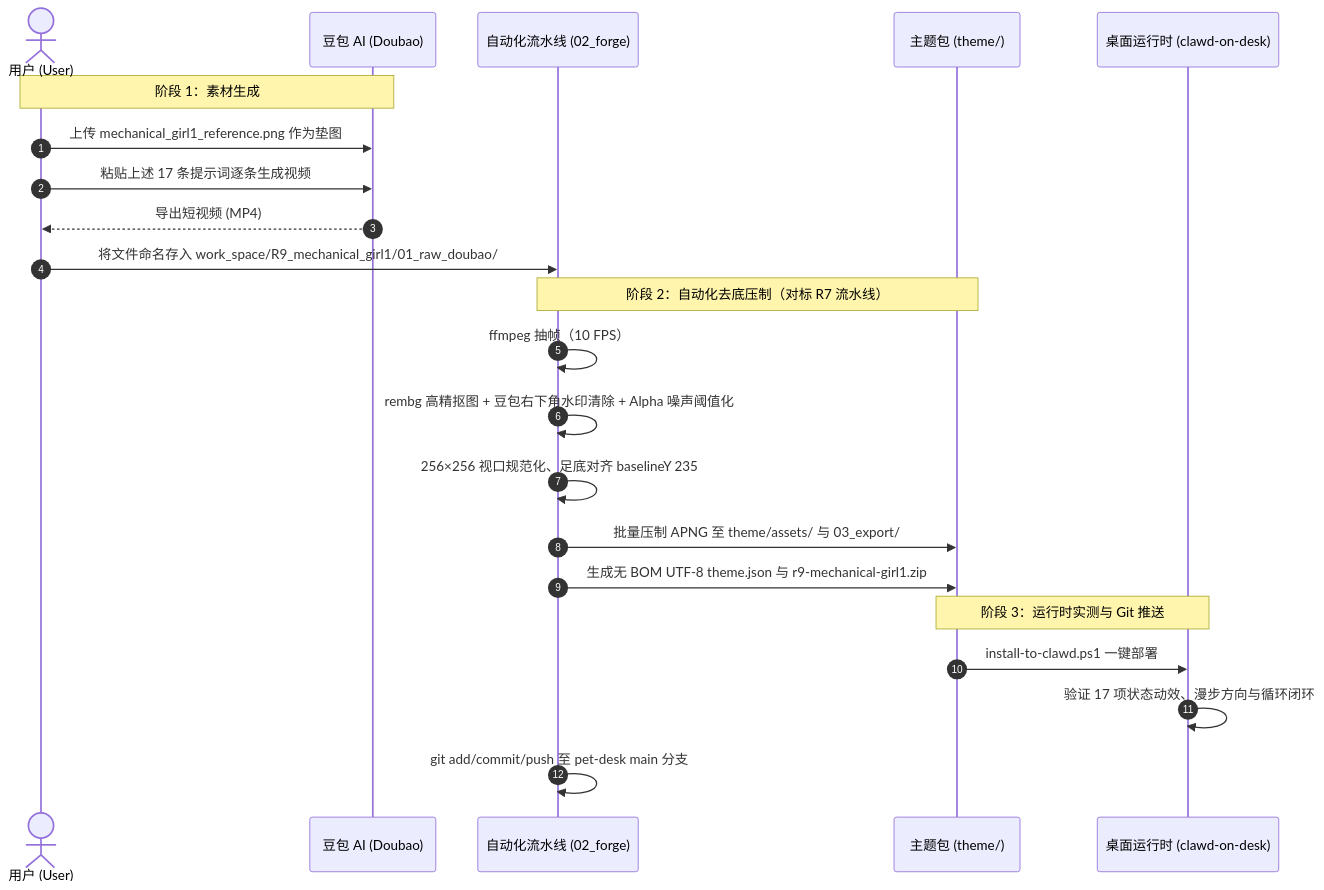
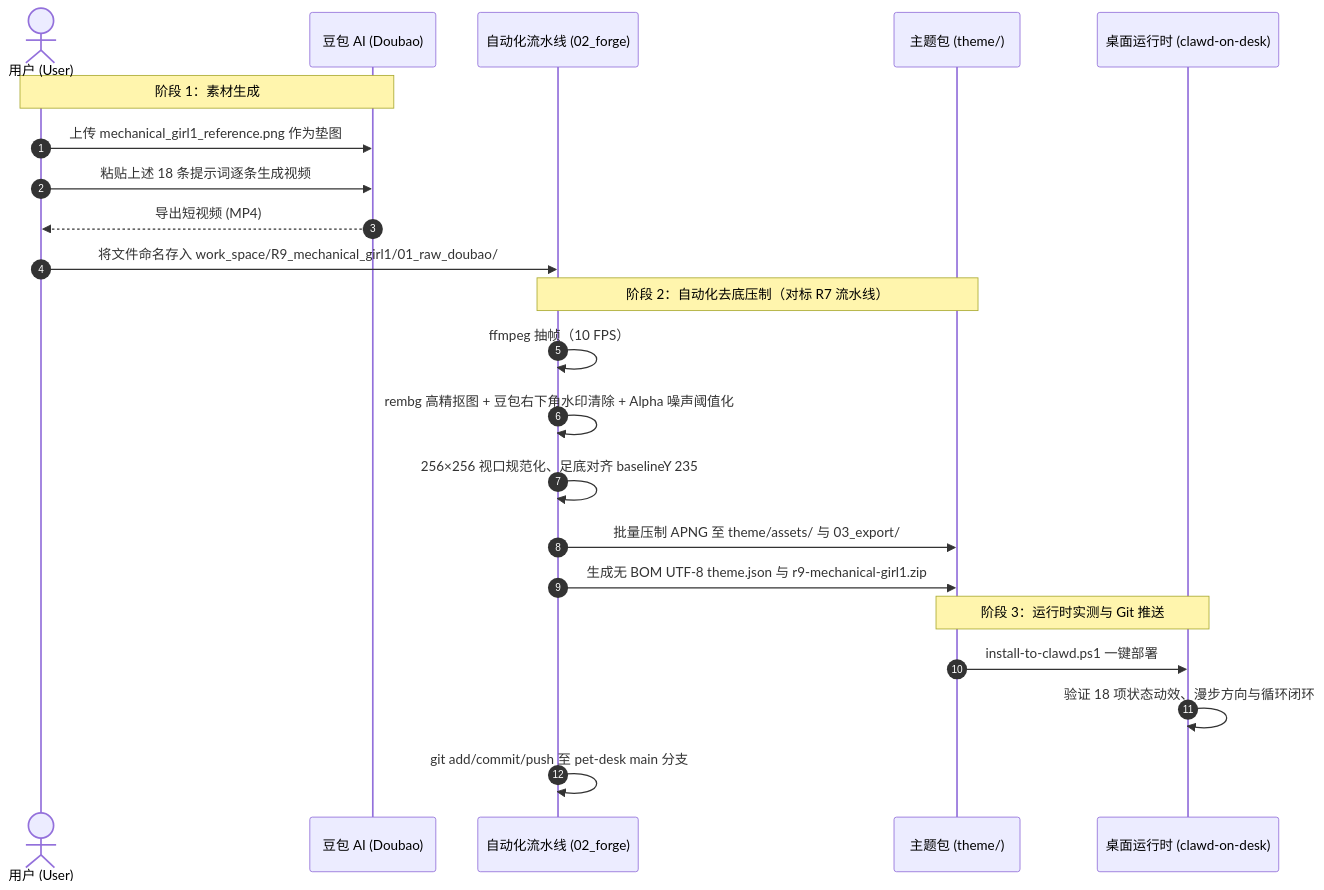
The diagram in docs/R9.0_机械少女_设计与技术方案.md (RyanChenJJH/pet-desk), drawn with Mermaid before and after one commit. The commit also changed other lines of this file and 1 other file, not shown here.

````diff
--- a/docs/R9.0_机械少女_设计与技术方案.md
+++ b/docs/R9.0_机械少女_设计与技术方案.md
@@ -206,27 +211,27 @@
 ```mermaid
 sequenceDiagram
     autonumber
     actor User as 用户 (User)
     participant Doubao as 豆包 AI (Doubao)
     participant Forge as 自动化流水线 (02_forge)
     participant Theme as 主题包 (theme/)
     participant Clawd as 桌面运行时 (clawd-on-desk)
 
     Note over User,Doubao: 阶段 1：素材生成
     User->>Doubao: 上传 mechanical_girl1_reference.png 作为垫图
-    User->>Doubao: 粘贴上述 17 条提示词逐条生成视频
+    User->>Doubao: 粘贴上述 18 条提示词逐条生成视频
     Doubao-->>User: 导出短视频 (MP4)
     User->>Forge: 将文件命名存入 work_space/R9_mechanical_girl1/01_raw_doubao/
 
     Note over Forge,Theme: 阶段 2：自动化去底压制（对标 R7 流水线）
     Forge->>Forge: ffmpeg 抽帧（10 FPS）
     Forge->>Forge: rembg 高精抠图 + 豆包右下角水印清除 + Alpha 噪声阈值化
     Forge->>Forge: 256×256 视口规范化、足底对齐 baselineY 235
     Forge->>Theme: 批量压制 APNG 至 theme/assets/ 与 03_export/
     Forge->>Theme: 生成无 BOM UTF-8 theme.json 与 r9-mechanical-girl1.zip
 
     Note over Theme,Clawd: 阶段 3：运行时实测与 Git 推送
     Theme->>Clawd: install-to-clawd.ps1 一键部署
-    Clawd->>Clawd: 验证 17 项状态动效、漫步方向与循环闭环
+    Clawd->>Clawd: 验证 18 项状态动效、漫步方向与循环闭环
     Forge->>Forge: git add/commit/push 至 pet-desk main 分支
 ```
````
